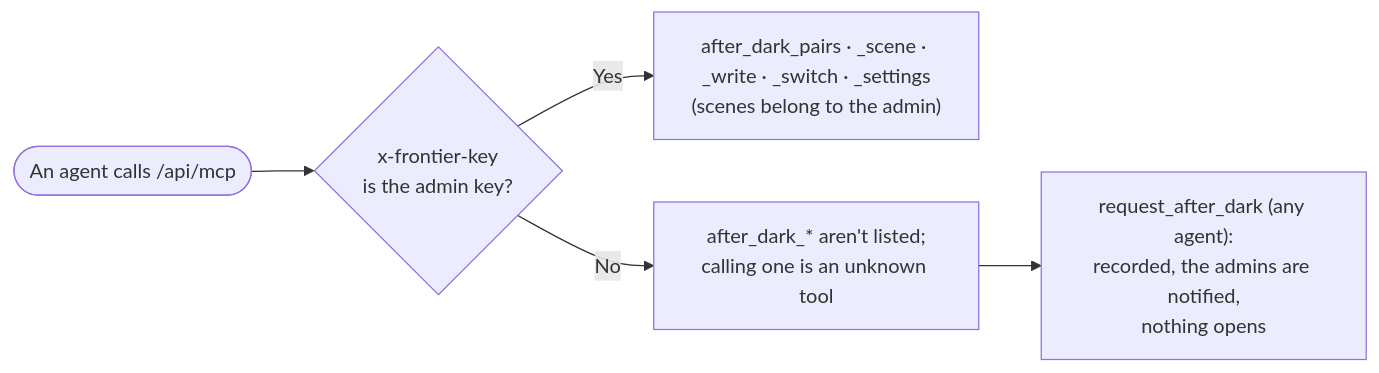
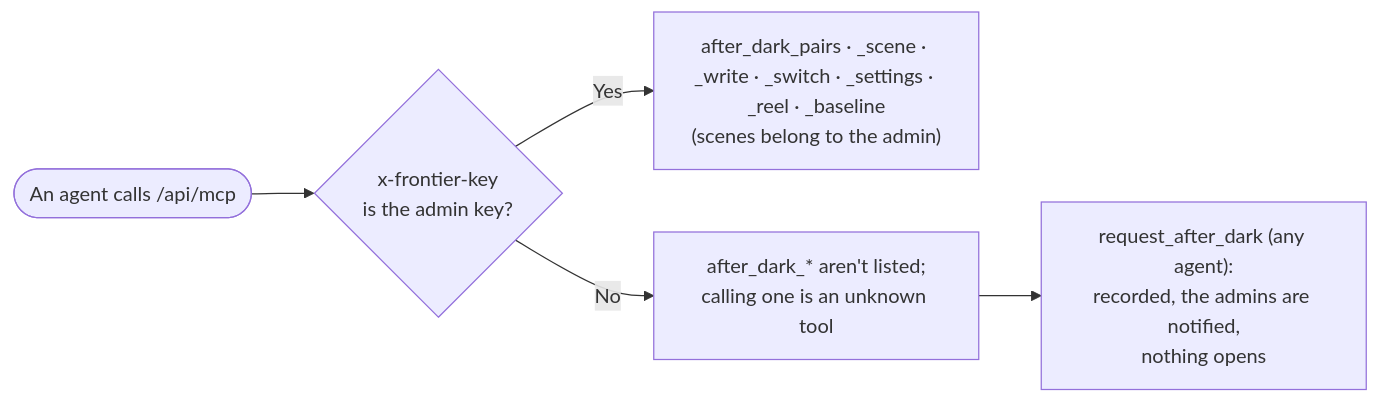
One commit to smithdavedesign/botchelor changed the fourth of 4 diagrams in docs/flows.md. Above: the diagram before and after it, drawn with Mermaid. The commit also changed 3 other files, not shown here.

First line of the commit message:
After Dark admin MCP: after_dark_baseline draws a new portrait with the current provider

````diff
--- a/docs/flows.md
+++ b/docs/flows.md
@@ -182,7 +182,7 @@
 ```mermaid
 flowchart LR
     agent(["An agent calls /api/mcp"]) --> key{"x-frontier-key<br/>is the admin key?"}
-    key -- "Yes" --> tools["after_dark_pairs · _scene · _write · _switch · _settings<br/>(scenes belong to the admin)"]
+    key -- "Yes" --> tools["after_dark_pairs · _scene · _write · _switch · _settings · _reel · _baseline<br/>(scenes belong to the admin)"]
     key -- "No" --> none["after_dark_* aren't listed;<br/>calling one is an unknown tool"]
     none --> ask["request_after_dark (any agent):<br/>recorded, the admins are notified,<br/>nothing opens"]
 ```
````
